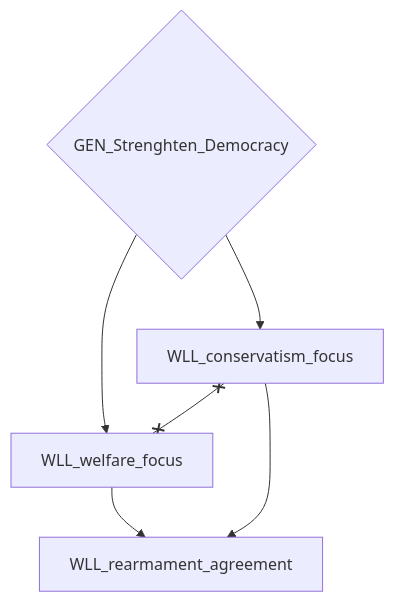
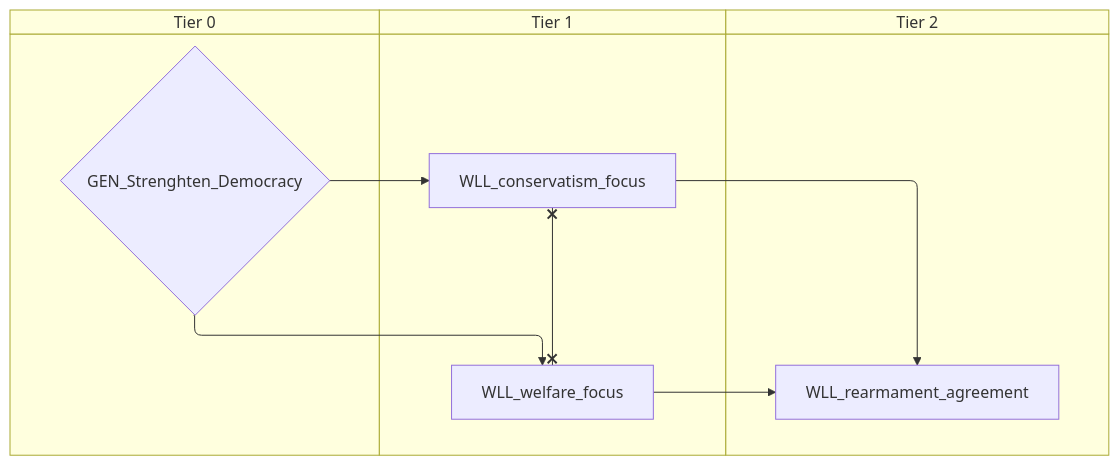
The diagram in docs/gdd/National Focuses/r56/wallonia.md (evgeny-sobol/hoi4-sandbox-mode-r56), drawn with Mermaid before and after one commit. The commit also changed 423 other files, not shown here.

First line of the commit message:
Re-export Rt56 focus trees as swimlane diagrams

````diff
--- a/docs/gdd/National Focuses/r56/wallonia.md
+++ b/docs/gdd/National Focuses/r56/wallonia.md
@@ -3,12 +3,18 @@
 ```mermaid
-flowchart TD
-    n1{"GEN_Strenghten_Democracy"}
-    n2["WLL_conservatism_focus"]
-    n3["WLL_rearmament_agreement"]
-    n4["WLL_welfare_focus"]
+swimlane-beta TD
+    subgraph tier_0["Tier 0"]
+        n1{"GEN_Strenghten_Democracy"}
+    end
+    subgraph tier_1["Tier 1"]
+        n2["WLL_conservatism_focus"]
+        n3["WLL_welfare_focus"]
+    end
+    subgraph tier_2["Tier 2"]
+        n4["WLL_rearmament_agreement"]
+    end
     n1 --> n2
-    n4 --> n3
-    n2 --> n3
-    n1 --> n4
-    n2 x--x n4
+    n3 --> n4
+    n2 --> n4
+    n1 --> n3
+    n2 x--x n3
 ```
````
